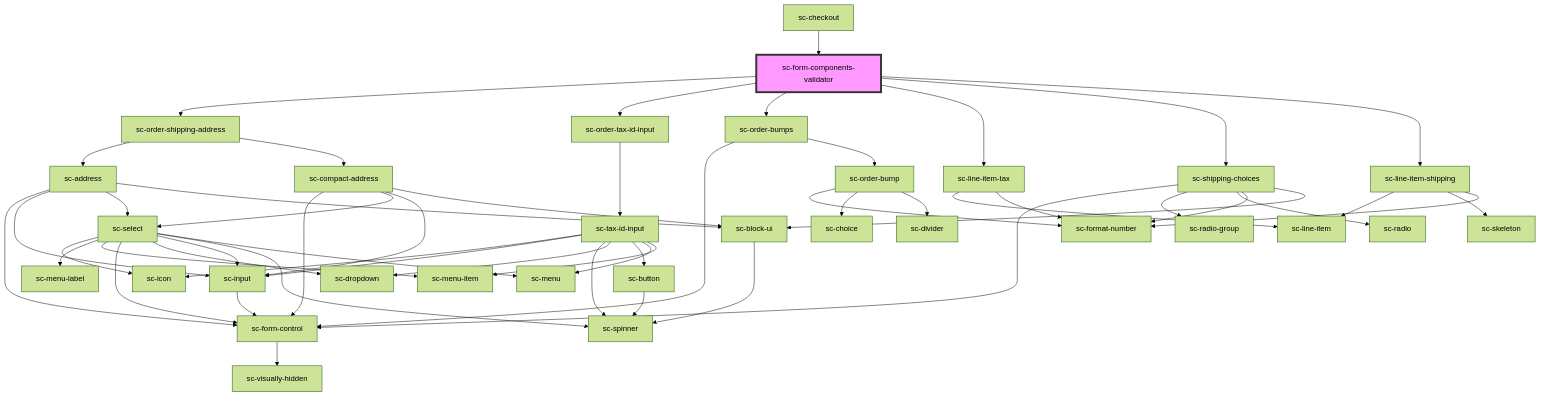
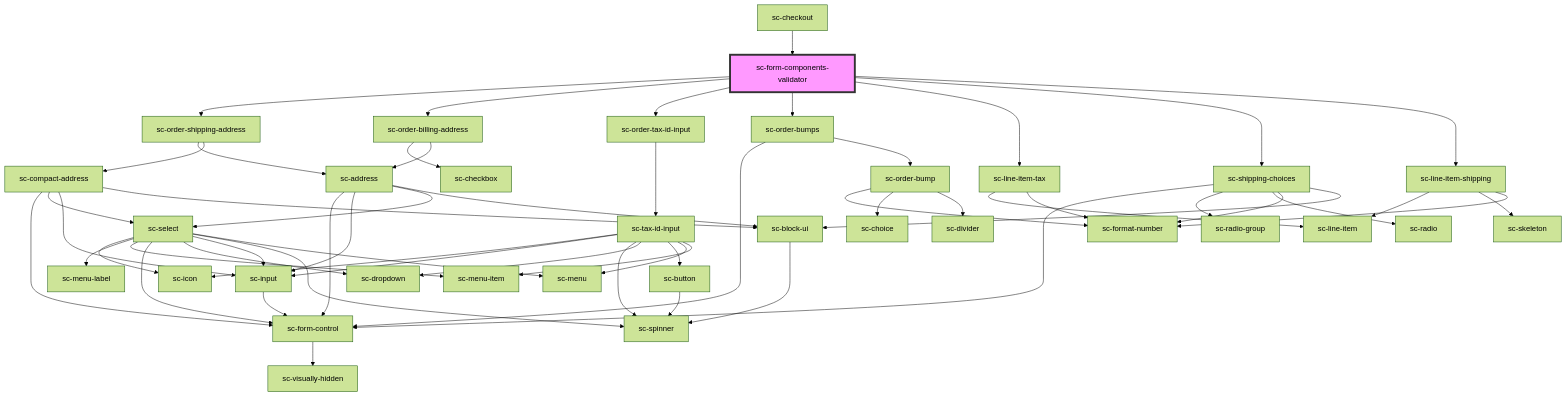
Before and after one commit to surecart/surecart-wp-plugin: the diagram in packages/components/src/components/providers/form-components-validator/readme.md, drawn with Mermaid (forest theme). The commit also changed other lines of this file and 4 other files, not shown here.

````diff
--- a/packages/components/src/components/providers/form-components-validator/readme.md
+++ b/packages/components/src/components/providers/form-components-validator/readme.md
@@ -32,56 +33,59 @@
 ```mermaid
 graph TD;
   sc-form-components-validator --> sc-order-shipping-address
+  sc-form-components-validator --> sc-order-billing-address
   sc-form-components-validator --> sc-order-tax-id-input
   sc-form-components-validator --> sc-order-bumps
   sc-form-components-validator --> sc-line-item-tax
   sc-form-components-validator --> sc-shipping-choices
   sc-form-components-validator --> sc-line-item-shipping
   sc-order-shipping-address --> sc-address
   sc-order-shipping-address --> sc-compact-address
   sc-address --> sc-form-control
   sc-address --> sc-input
   sc-address --> sc-select
   sc-address --> sc-block-ui
   sc-form-control --> sc-visually-hidden
   sc-input --> sc-form-control
   sc-select --> sc-icon
   sc-select --> sc-menu-label
   sc-select --> sc-menu-item
   sc-select --> sc-form-control
   sc-select --> sc-dropdown
   sc-select --> sc-input
   sc-select --> sc-spinner
   sc-select --> sc-menu
   sc-block-ui --> sc-spinner
   sc-compact-address --> sc-form-control
   sc-compact-address --> sc-select
   sc-compact-address --> sc-input
   sc-compact-address --> sc-block-ui
+  sc-order-billing-address --> sc-checkbox
+  sc-order-billing-address --> sc-address
   sc-order-tax-id-input --> sc-tax-id-input
   sc-tax-id-input --> sc-icon
   sc-tax-id-input --> sc-input
   sc-tax-id-input --> sc-spinner
   sc-tax-id-input --> sc-dropdown
   sc-tax-id-input --> sc-button
   sc-tax-id-input --> sc-menu
   sc-tax-id-input --> sc-menu-item
   sc-button --> sc-spinner
   sc-order-bumps --> sc-form-control
   sc-order-bumps --> sc-order-bump
   sc-order-bump --> sc-format-number
   sc-order-bump --> sc-choice
   sc-order-bump --> sc-divider
   sc-line-item-tax --> sc-line-item
   sc-line-item-tax --> sc-format-number
   sc-shipping-choices --> sc-form-control
   sc-shipping-choices --> sc-radio-group
   sc-shipping-choices --> sc-radio
   sc-shipping-choices --> sc-format-number
   sc-shipping-choices --> sc-block-ui
   sc-line-item-shipping --> sc-line-item
   sc-line-item-shipping --> sc-skeleton
   sc-line-item-shipping --> sc-format-number
   sc-checkout --> sc-form-components-validator
   style sc-form-components-validator fill:#f9f,stroke:#333,stroke-width:4px
 ```
````
